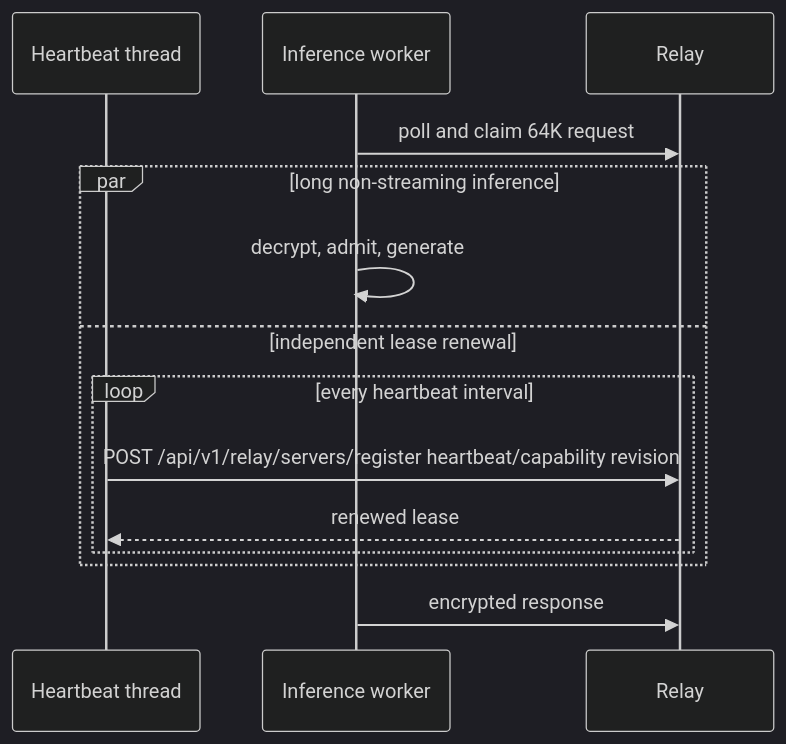
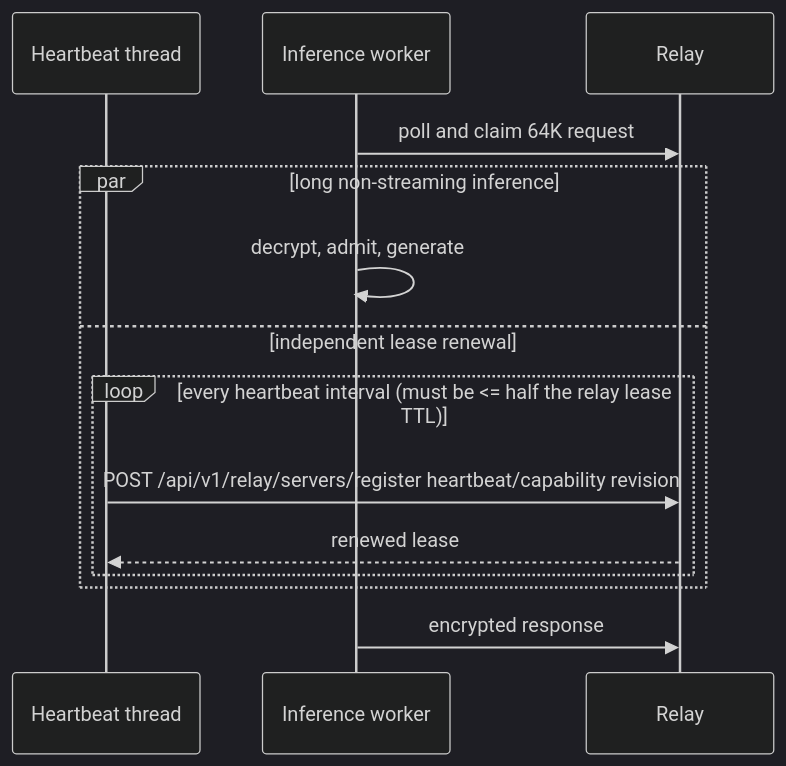
One commit to futuroptimist/token.place changed the fifth of 7 diagrams in docs/design/context-tiered-compute.md. Above: the diagram before and after it, drawn with Mermaid (dark theme). The commit also changed other lines of this file, not shown here.

````diff
--- a/docs/design/context-tiered-compute.md
+++ b/docs/design/context-tiered-compute.md
@@ -459,17 +504,17 @@
 ```mermaid
 sequenceDiagram
   participant HB as Heartbeat thread
   participant Worker as Inference worker
   participant Relay
 
   Worker->>Relay: poll and claim 64K request
   par long non-streaming inference
     Worker->>Worker: decrypt, admit, generate
   and independent lease renewal
-    loop every heartbeat interval
+    loop every heartbeat interval (must be <= half the relay lease TTL)
       HB->>Relay: POST /api/v1/relay/servers/register heartbeat/capability revision
       Relay-->>HB: renewed lease
     end
   end
   Worker->>Relay: encrypted response
 ```
````
